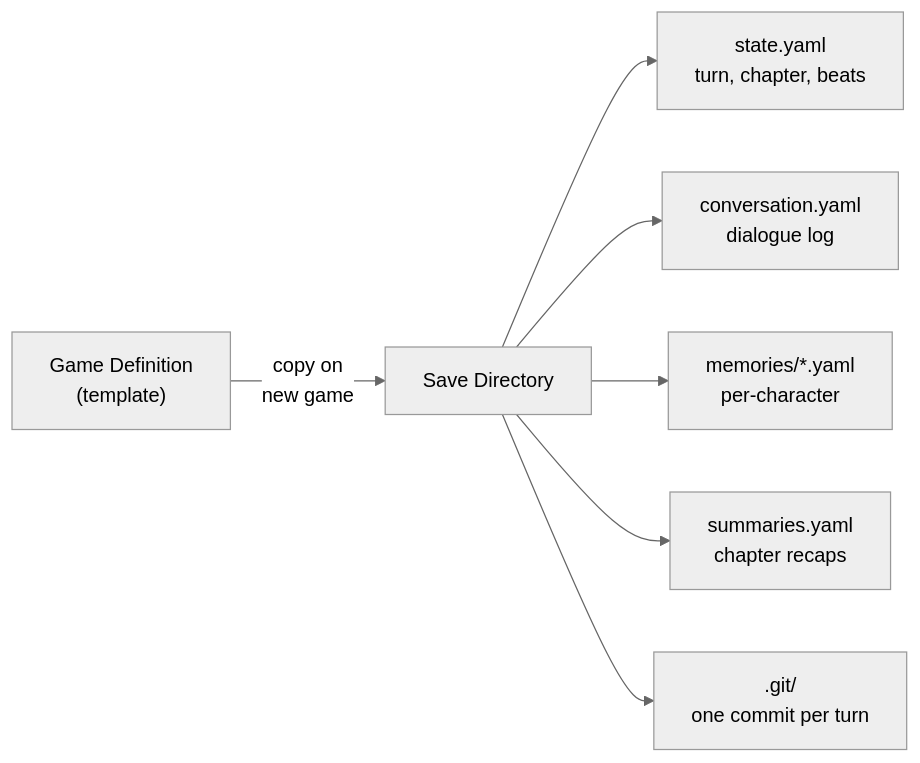
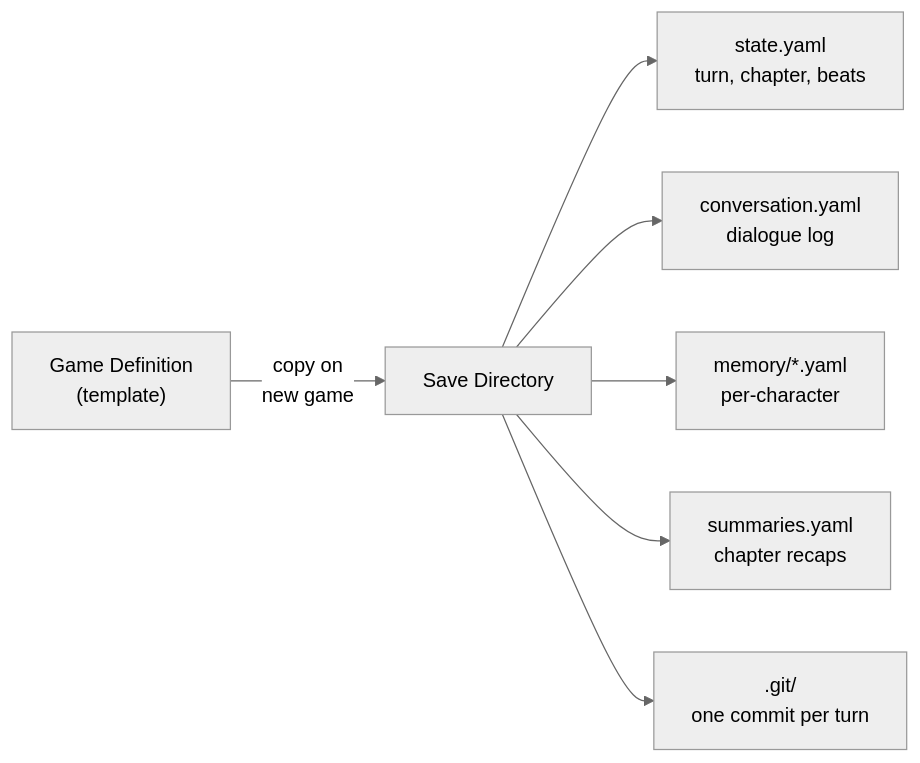
One commit to reubenjohn/theact changed the diagram in docs/architecture/data-model.md. Above: the diagram before and after it, drawn with Mermaid (neutral theme). The commit also changed other lines of this file and 8 other files, not shown here.

````diff
--- a/docs/architecture/data-model.md
+++ b/docs/architecture/data-model.md
@@ -49,9 +49,9 @@
 ```mermaid
 flowchart LR
     GD["Game Definition\n(template)"] -->|"copy on\nnew game"| Save["Save Directory"]
     Save --> State["state.yaml\nturn, chapter, beats"]
     Save --> Conv["conversation.yaml\ndialogue log"]
-    Save --> Mem["memories/*.yaml\nper-character"]
+    Save --> Mem["memory/*.yaml\nper-character"]
     Save --> Sum["summaries.yaml\nchapter recaps"]
     Save --> Git[".git/\none commit per turn"]
 ```
````
